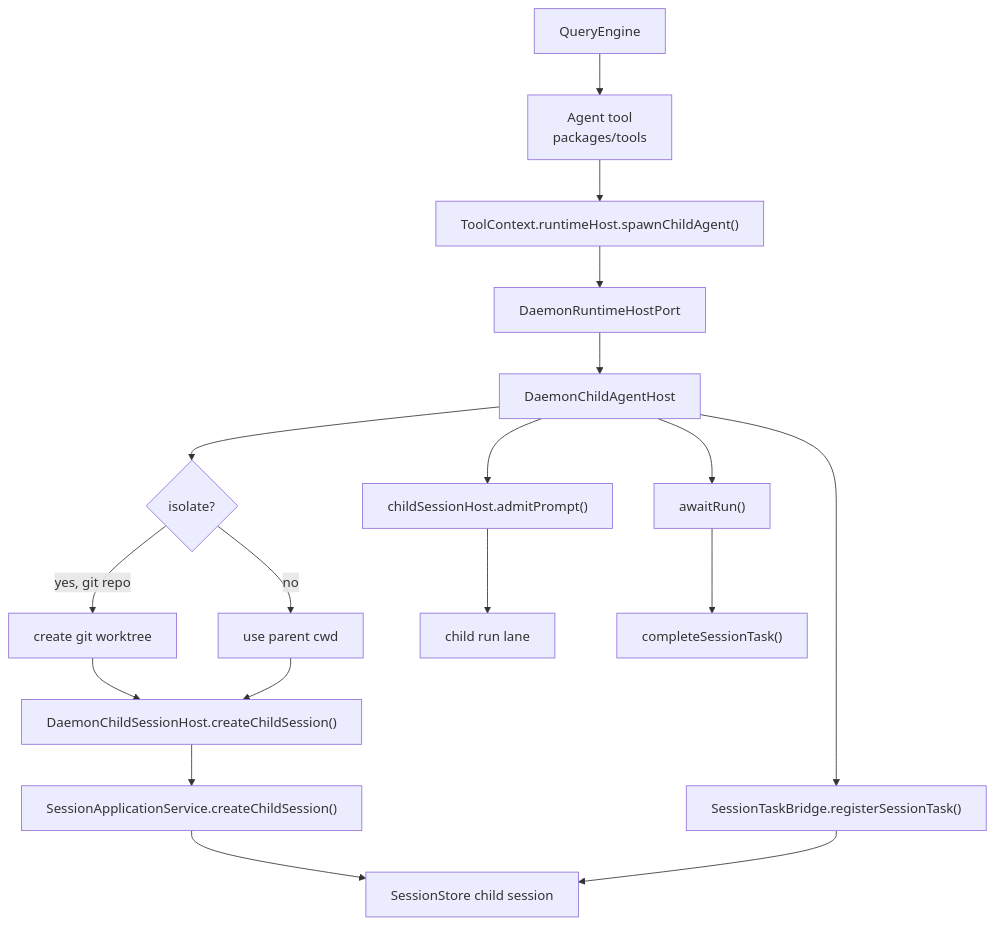
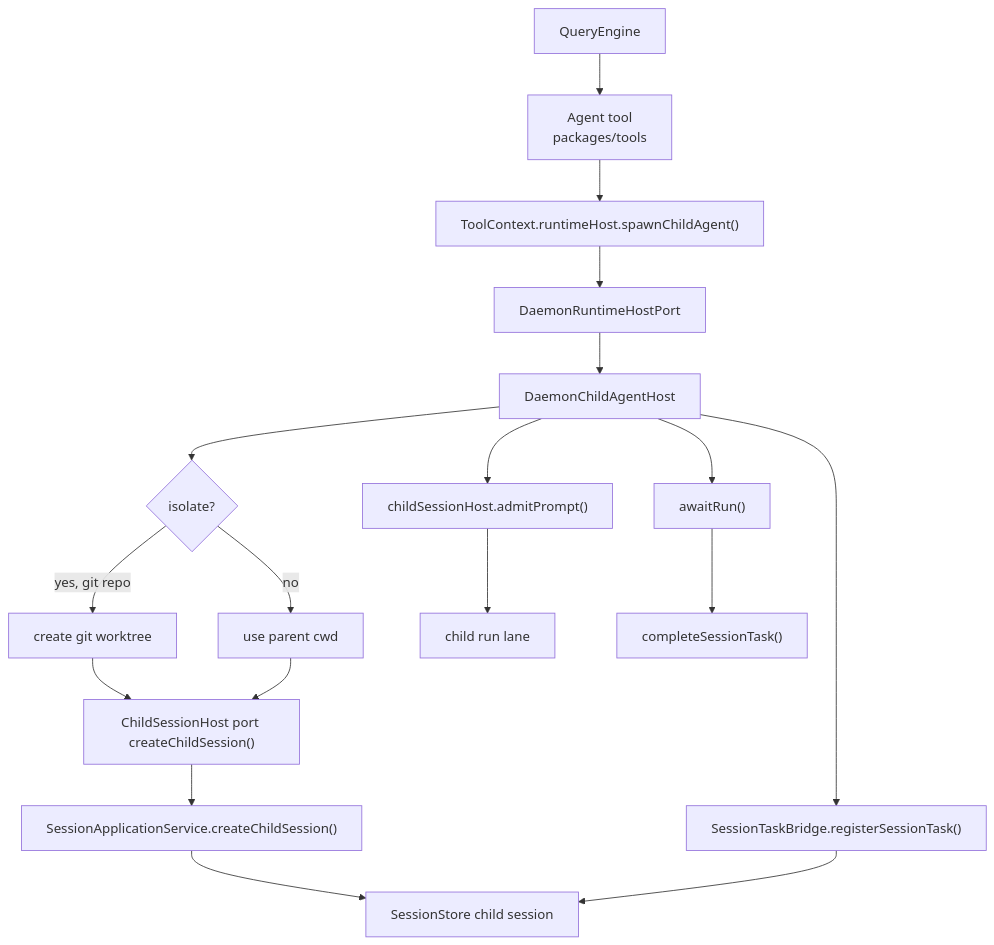
One commit to rzx007/openharness-ts changed the fifth of 5 diagrams in docs/daemon-runtime-flow-map.md. Above: the diagram before and after it, drawn with Mermaid. The commit also changed other lines of this file and 9 other files, not shown here.

Commit message:
refactor(server): fold child session adapter into host factory

````diff
--- a/docs/daemon-runtime-flow-map.md
+++ b/docs/daemon-runtime-flow-map.md
@@ -204,20 +206,20 @@
 ```mermaid
 flowchart TD
   qe["QueryEngine"] --> agent["Agent tool<br/>packages/tools"]
   agent --> host["ToolContext.runtimeHost.spawnChildAgent()"]
   host --> runtimeHost["DaemonRuntimeHostPort"]
   runtimeHost --> childAgentHost["DaemonChildAgentHost"]
   childAgentHost --> worktree{"isolate?"}
   worktree -->|"yes, git repo"| git["create git worktree"]
   worktree -->|"no"| sameCwd["use parent cwd"]
-  git --> createChild["DaemonChildSessionHost.createChildSession()"]
+  git --> createChild["ChildSessionHost port createChildSession()"]
   sameCwd --> createChild
   createChild --> app["SessionApplicationService.createChildSession()"]
   app --> store["SessionStore child session"]
   childAgentHost --> task["SessionTaskBridge.registerSessionTask()"]
   task --> store
   childAgentHost --> prompt["childSessionHost.admitPrompt()"]
   prompt --> run["child run lane"]
   childAgentHost --> await["awaitRun()"]
   await --> complete["completeSessionTask()"]
 ```
````
